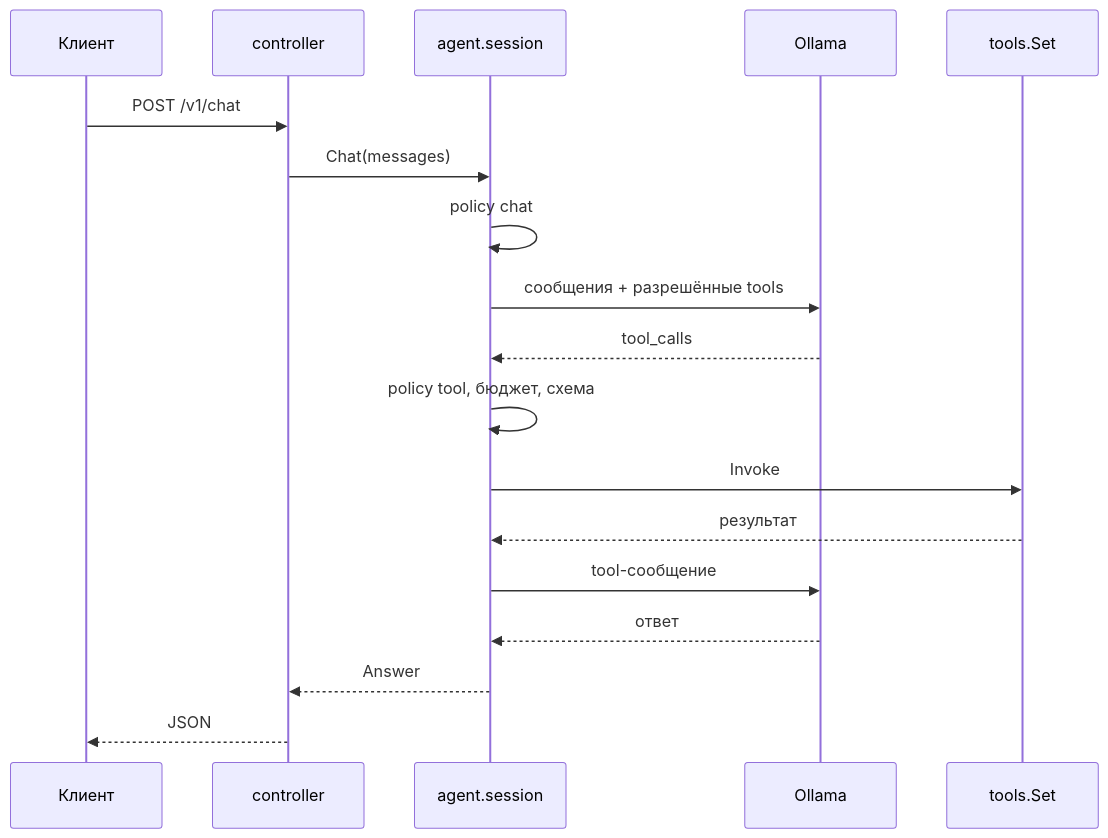
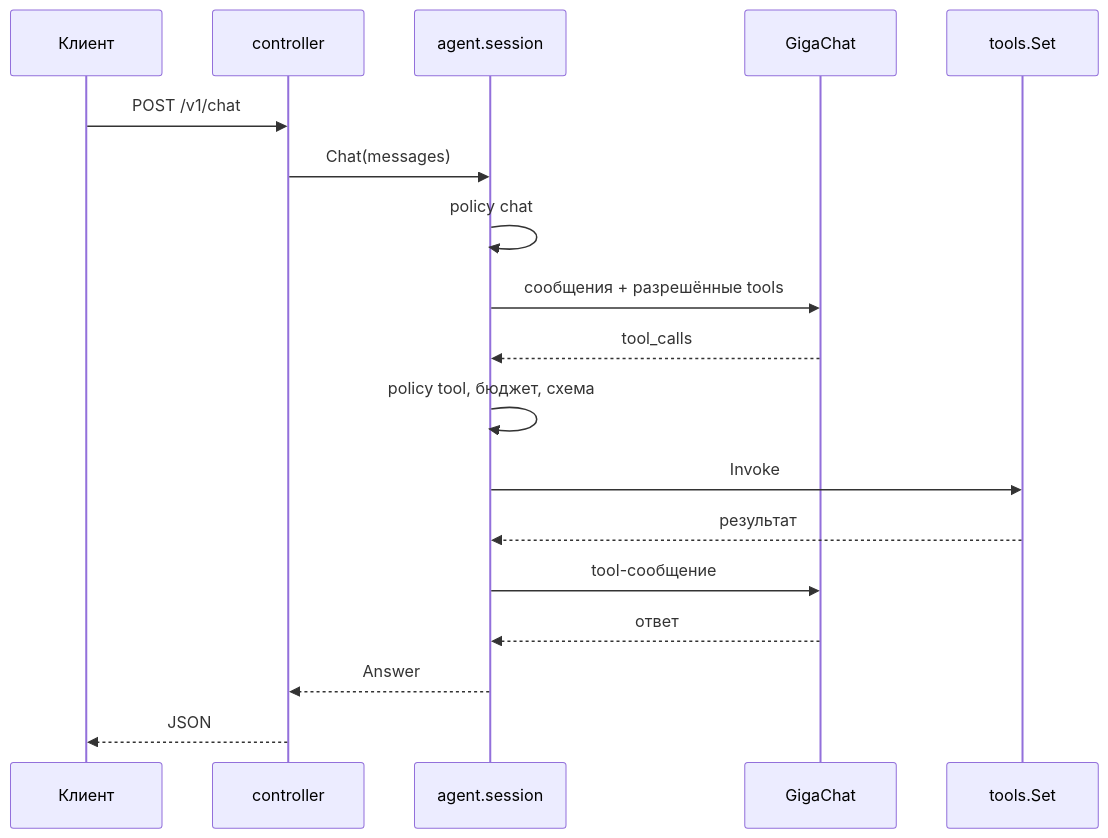
Before and after one commit to KirillYuzh/Gobellim: the diagram in lite-demo/README.md, drawn with Mermaid. The commit also changed other lines of this file and 9 other files, not shown here.

First line of the commit message:
feat: switch lite-demo to GigaChat

````diff
--- a/lite-demo/README.md
+++ b/lite-demo/README.md
@@ -31,21 +31,21 @@
 ```mermaid
 sequenceDiagram
     participant C as Клиент
     participant H as controller
     	participant U as agent.session
-    participant L as Ollama
+    participant L as GigaChat
     participant T as tools.Set
 
     C->>H: POST /v1/chat
     H->>U: Chat(messages)
     U->>U: policy chat
     U->>L: сообщения + разрешённые tools
     L-->>U: tool_calls
     U->>U: policy tool, бюджет, схема
     U->>T: Invoke
     T-->>U: результат
     U->>L: tool-сообщение
     L-->>U: ответ
     U-->>H: Answer
     H-->>C: JSON
 ```
````
